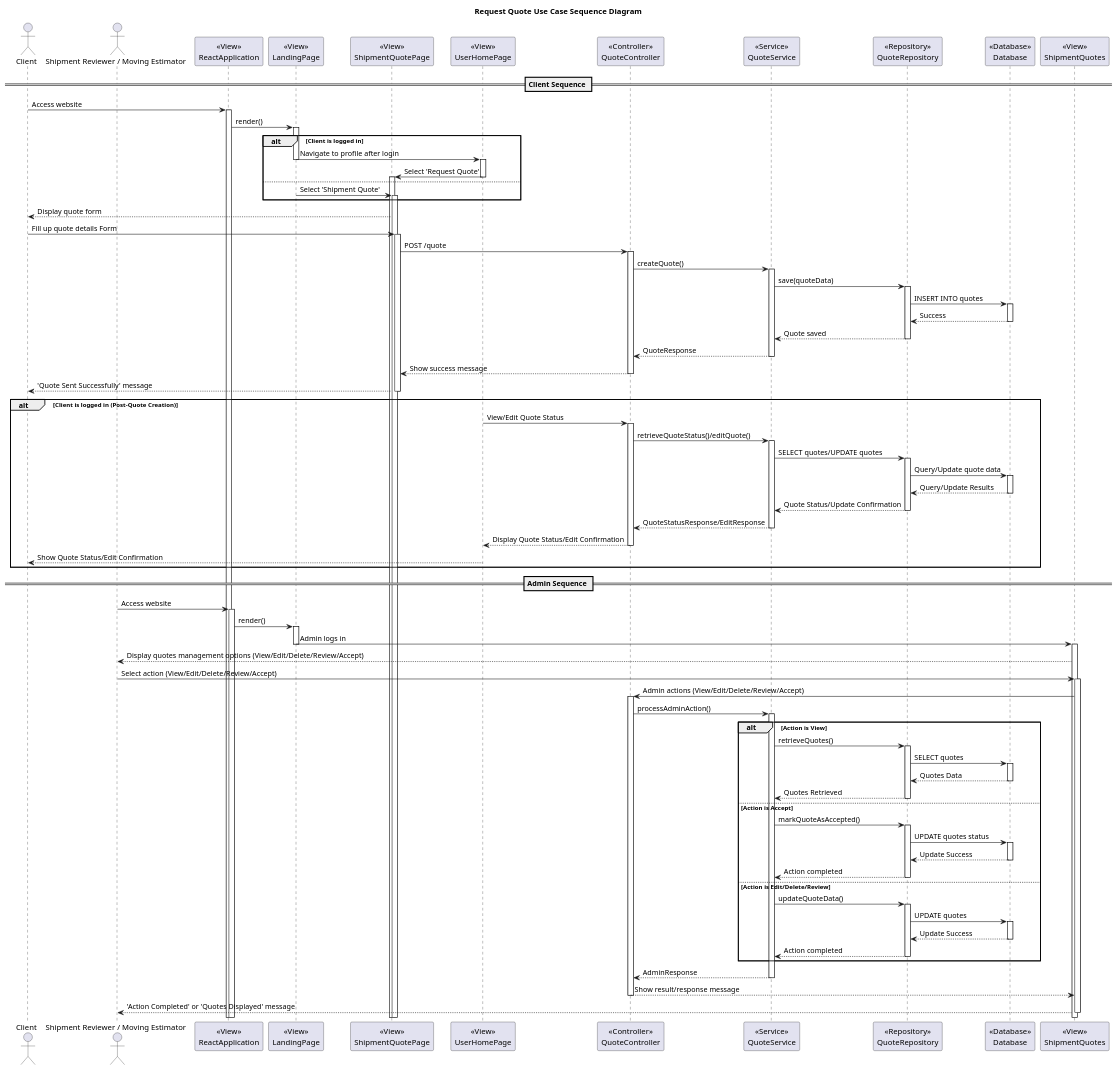
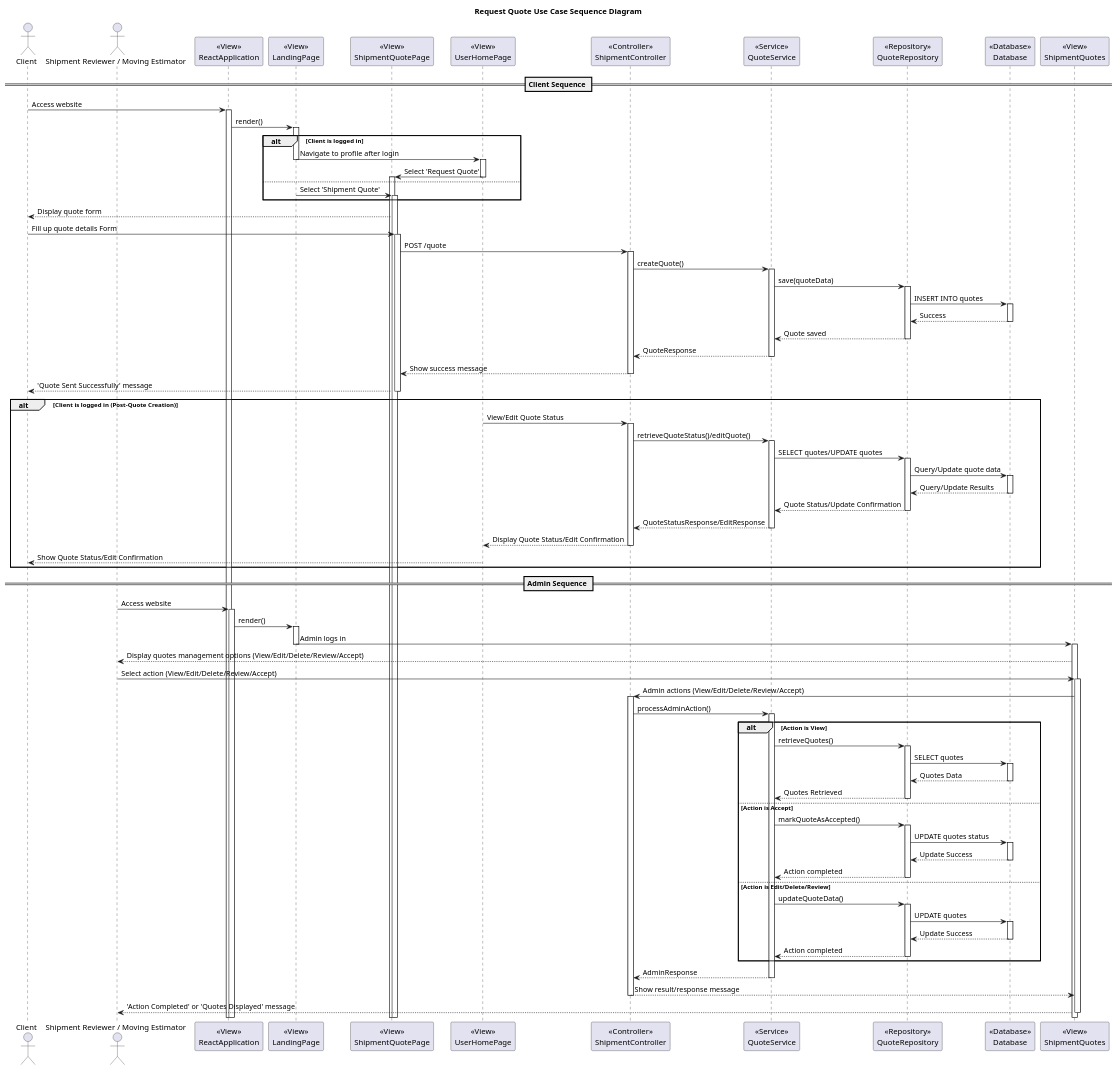
The diagram in Diagrams/Sprints/Sprint_1-Request_Quote/Design_lvl_SSD_Global.puml (nic5694/MovingExpress), drawn with PlantUML before and after one commit. The commit also changed 3 other files, not shown here.

```diff
--- a/Diagrams/Sprints/Sprint_1-Request_Quote/Design_lvl_SSD_Global.puml
+++ b/Diagrams/Sprints/Sprint_1-Request_Quote/Design_lvl_SSD_Global.puml
@@ -1,161 +1,161 @@
 @startuml
 title Request Quote Use Case Sequence Diagram
 
 actor Client
 actor "Shipment Reviewer / Moving Estimator" as Admin
 
 participant ReactApplication as "<<View>>\nReactApplication"
 participant LandingPage as "<<View>>\nLandingPage"
 participant ShipmentQuotePage as "<<View>>\nShipmentQuotePage"
 participant UserHomePage as "<<View>>\nUserHomePage"
-participant QuoteController as "<<Controller>>\nQuoteController"
+participant ShipmentController as "<<Controller>>\nShipmentController"
 participant QuoteService as "<<Service>>\nQuoteService"
 participant QuoteRepository as "<<Repository>>\nQuoteRepository"
 participant Database as "<<Database>>\nDatabase"
 participant ShipmentQuotes as "<<View>>\nShipmentQuotes"
 
 == Client Sequence ==
 Client -> ReactApplication : Access website
 activate ReactApplication
 
 ReactApplication -> LandingPage : render()
 activate LandingPage
 
 alt Client is logged in
     LandingPage -> UserHomePage : Navigate to profile after login
     deactivate LandingPage
     activate UserHomePage
 
     UserHomePage -> ShipmentQuotePage : Select 'Request Quote'
     deactivate UserHomePage
     activate ShipmentQuotePage
 else
     LandingPage -> ShipmentQuotePage : Select 'Shipment Quote'
     deactivate LandingPage
     activate ShipmentQuotePage
 end
 
 ShipmentQuotePage --> Client : Display quote form
 Client -> ShipmentQuotePage : Fill up quote details Form
 activate ShipmentQuotePage
 
-ShipmentQuotePage -> QuoteController : POST /quote
-activate QuoteController
+ShipmentQuotePage -> ShipmentController : POST /quote
+activate ShipmentController
 
-QuoteController -> QuoteService : createQuote()
+ShipmentController -> QuoteService : createQuote()
 activate QuoteService
 
 QuoteService -> QuoteRepository : save(quoteData)
 activate QuoteRepository
 
 QuoteRepository -> Database : INSERT INTO quotes
 activate Database
 Database --> QuoteRepository : Success
 deactivate Database
 
 QuoteRepository --> QuoteService : Quote saved
 deactivate QuoteRepository
 
-QuoteService --> QuoteController : QuoteResponse
+QuoteService --> ShipmentController : QuoteResponse
 deactivate QuoteService
 
-QuoteController --> ShipmentQuotePage : Show success message
-deactivate QuoteController
+ShipmentController --> ShipmentQuotePage : Show success message
+deactivate ShipmentController
 
 ShipmentQuotePage --> Client : 'Quote Sent Successfully' message
 deactivate ShipmentQuotePage
 
 alt Client is logged in (Post-Quote Creation)
-    UserHomePage -> QuoteController : View/Edit Quote Status
-    activate QuoteController
+    UserHomePage -> ShipmentController : View/Edit Quote Status
+    activate ShipmentController
 
-    QuoteController -> QuoteService : retrieveQuoteStatus()/editQuote()
+    ShipmentController -> QuoteService : retrieveQuoteStatus()/editQuote()
     activate QuoteService
 
     QuoteService -> QuoteRepository : SELECT quotes/UPDATE quotes
     activate QuoteRepository
 
     QuoteRepository -> Database : Query/Update quote data
     activate Database
     Database --> QuoteRepository : Query/Update Results
     deactivate Database
 
     QuoteRepository --> QuoteService : Quote Status/Update Confirmation
     deactivate QuoteRepository
 
-    QuoteService --> QuoteController : QuoteStatusResponse/EditResponse
+    QuoteService --> ShipmentController : QuoteStatusResponse/EditResponse
     deactivate QuoteService
 
-    QuoteController --> UserHomePage : Display Quote Status/Edit Confirmation
-    deactivate QuoteController
+    ShipmentController --> UserHomePage : Display Quote Status/Edit Confirmation
+    deactivate ShipmentController
 
     UserHomePage --> Client : Show Quote Status/Edit Confirmation
     deactivate UserHomePage
 end
 
 == Admin Sequence ==
 Admin -> ReactApplication : Access website
 activate ReactApplication
 
 ReactApplication -> LandingPage : render()
 activate LandingPage
 
 LandingPage -> ShipmentQuotes : Admin logs in
 deactivate LandingPage
 activate ShipmentQuotes
 
 ShipmentQuotes --> Admin : Display quotes management options (View/Edit/Delete/Review/Accept)
 Admin -> ShipmentQuotes : Select action (View/Edit/Delete/Review/Accept)
 activate ShipmentQuotes
 
-ShipmentQuotes -> QuoteController : Admin actions (View/Edit/Delete/Review/Accept)
-activate QuoteController
+ShipmentQuotes -> ShipmentController : Admin actions (View/Edit/Delete/Review/Accept)
+activate ShipmentController
 
-QuoteController -> QuoteService : processAdminAction()
+ShipmentController -> QuoteService : processAdminAction()
 activate QuoteService
 
 alt Action is View
     QuoteService -> QuoteRepository : retrieveQuotes()
     activate QuoteRepository
 
     QuoteRepository -> Database : SELECT quotes
     activate Database
     Database --> QuoteRepository : Quotes Data
     deactivate Database
 
     QuoteRepository --> QuoteService : Quotes Retrieved
     deactivate QuoteRepository
 else Action is Accept
     QuoteService -> QuoteRepository : markQuoteAsAccepted()
     activate QuoteRepository
 
     QuoteRepository -> Database : UPDATE quotes status
     activate Database
     Database --> QuoteRepository : Update Success
     deactivate Database
 
     QuoteRepository --> QuoteService : Action completed
     deactivate QuoteRepository
 else Action is Edit/Delete/Review
     QuoteService -> QuoteRepository : updateQuoteData()
     activate QuoteRepository
 
     QuoteRepository -> Database : UPDATE quotes
     activate Database
     Database --> QuoteRepository : Update Success
     deactivate Database
 
     QuoteRepository --> QuoteService : Action completed
     deactivate QuoteRepository
 end
 
-QuoteService --> QuoteController : AdminResponse
+QuoteService --> ShipmentController : AdminResponse
 deactivate QuoteService
 
-QuoteController --> ShipmentQuotes : Show result/response message
-deactivate QuoteController
+ShipmentController --> ShipmentQuotes : Show result/response message
+deactivate ShipmentController
 
 ShipmentQuotes --> Admin : 'Action Completed' or 'Quotes Displayed' message
 deactivate ShipmentQuotes
 
 @enduml
```
